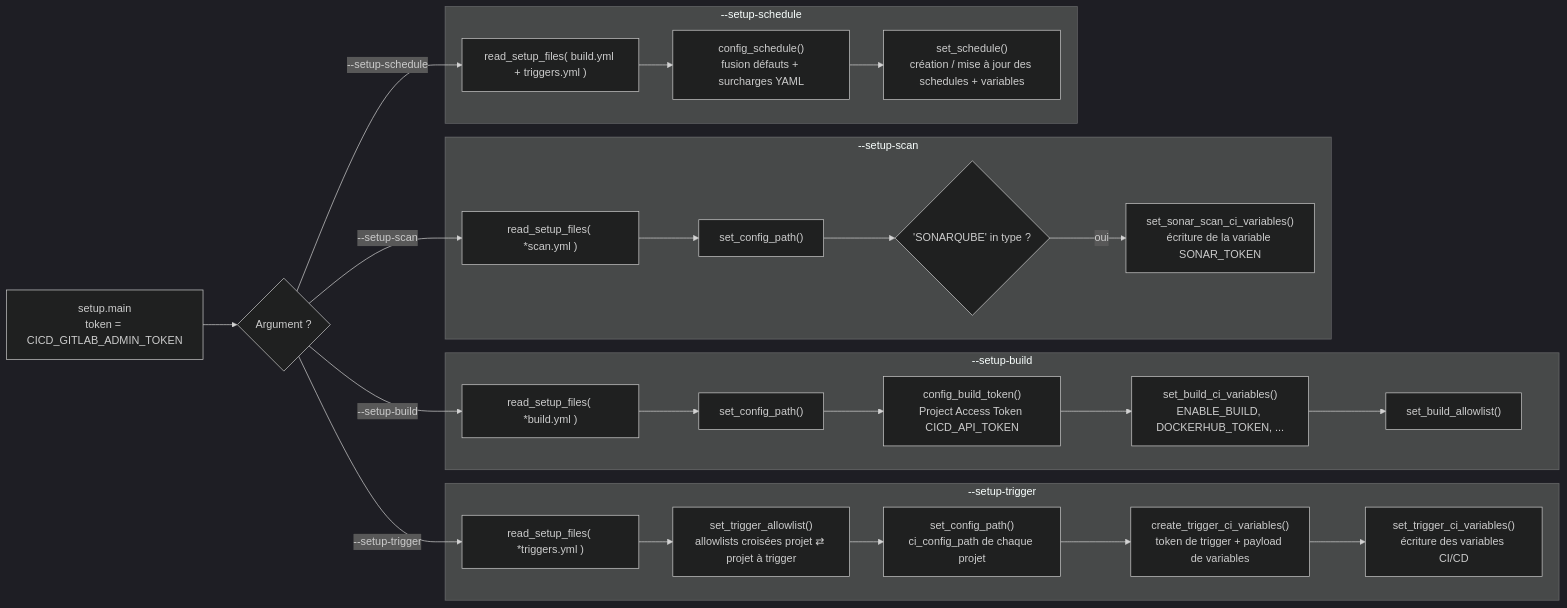
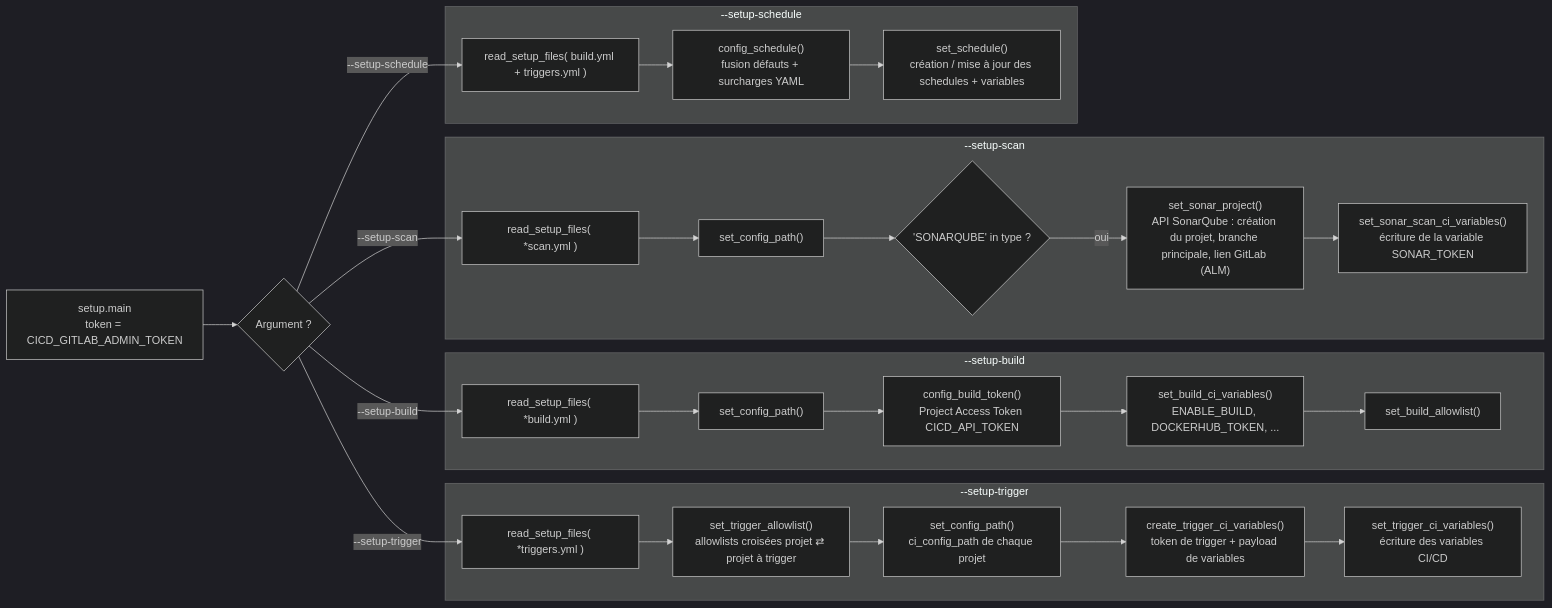
One commit to messagerie-melanie2/cicd-yaml changed the diagram in docs/modules/SETUP_PROJECT.md. Above: the diagram before and after it, drawn with Mermaid (dark theme). The commit also changed other lines of this file and 2 other files, not shown here.

Commit message:
docs(sonar): change setup docs

````diff
--- a/docs/modules/SETUP_PROJECT.md
+++ b/docs/modules/SETUP_PROJECT.md
@@ -49,33 +49,34 @@
 ```mermaid
 flowchart LR
     M["setup.main<br>token = CICD_GITLAB_ADMIN_TOKEN"] --> ARG{Argument ?}
     ARG -- "--setup-trigger" --> T1
     ARG -- "--setup-build" --> B1
     ARG -- "--setup-scan" --> C1
     ARG -- "--setup-schedule" --> S1
 
     subgraph Trigger ["--setup-trigger"]
         T1["read_setup_files( *triggers.yml )"] --> T2["set_trigger_allowlist()<br>allowlists croisées projet ⇄ projet à trigger"]
         T2 --> T3["set_config_path()<br>ci_config_path de chaque projet"]
         T3 --> T4["create_trigger_ci_variables()<br>token de trigger + payload de variables"]
         T4 --> T5["set_trigger_ci_variables()<br>écriture des variables CI/CD"]
     end
 
     subgraph Build ["--setup-build"]
         B1["read_setup_files( *build.yml )"] --> B2["set_config_path()"]
         B2 --> B3["config_build_token()<br>Project Access Token CICD_API_TOKEN"]
         B3 --> B4["set_build_ci_variables()<br>ENABLE_BUILD, DOCKERHUB_TOKEN, ..."]
         B4 --> B5["set_build_allowlist()"]
     end
 
     subgraph Scan ["--setup-scan"]
         C1["read_setup_files( *scan.yml )"] --> C2["set_config_path()"]
         C2 --> C3{"'SONARQUBE' in type ?"}
-        C3 -- oui --> C4["set_sonar_scan_ci_variables()<br>écriture de la variable SONAR_TOKEN"]
+        C3 -- oui --> C4["set_sonar_project()<br>API SonarQube : création du projet, branche principale, lien GitLab (ALM)"]
+        C4 --> C5["set_sonar_scan_ci_variables()<br>écriture de la variable SONAR_TOKEN"]
     end
 
     subgraph Schedule ["--setup-schedule"]
         S1["read_setup_files( build.yml + triggers.yml )"] --> S2["config_schedule()<br>fusion défauts + surcharges YAML"]
         S2 --> S3["set_schedule()<br>création / mise à jour des schedules + variables"]
     end
 ```
````
